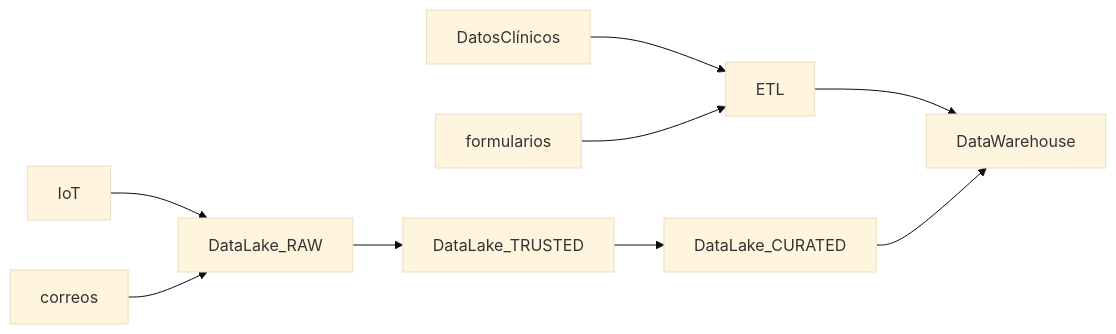
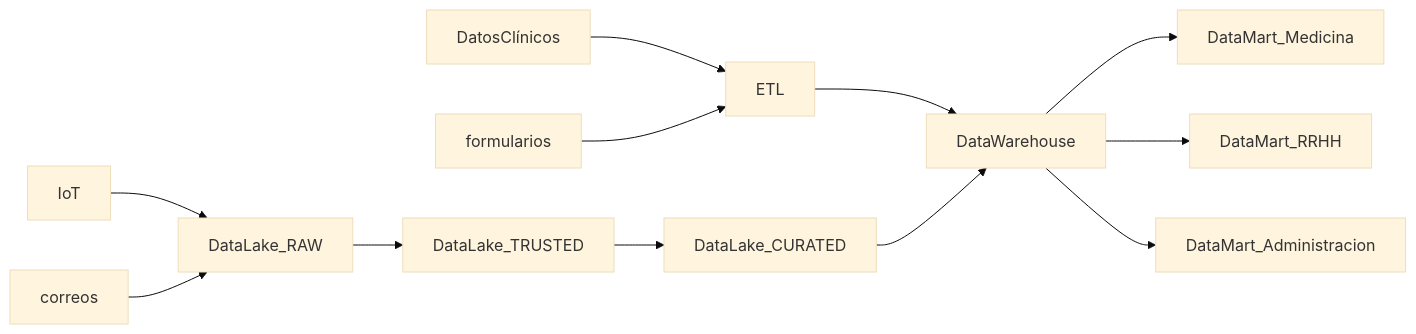
One commit to git-jrm/ing-datos-M5 changed the first of 5 diagrams in README.md. Above: the diagram before and after it, drawn with Mermaid (base theme). The commit also changed other lines of this file, not shown here.

````diff
--- a/README.md
+++ b/README.md
@@ -43,11 +43,14 @@
 ```mermaid
 graph LR;
   DatosClínicos-->ETL;
   formularios-->ETL;
   IoT-->DataLake_RAW;
   correos-->DataLake_RAW;
   DataLake_RAW-->DataLake_TRUSTED;
   DataLake_TRUSTED-->DataLake_CURATED;
   ETL-->DataWarehouse;
   DataLake_CURATED-->DataWarehouse;
+  DataWarehouse-->DataMart_Medicina;
+  DataWarehouse-->DataMart_RRHH;
+  DataWarehouse-->DataMart_Administracion;
 ```
````
